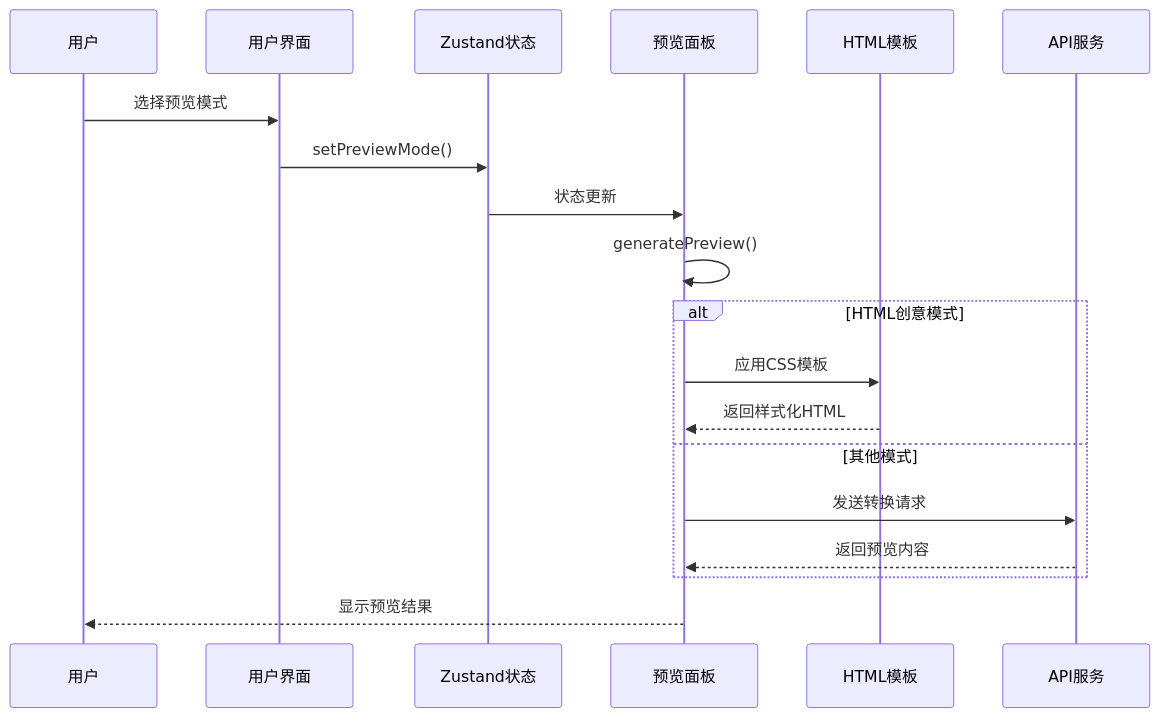
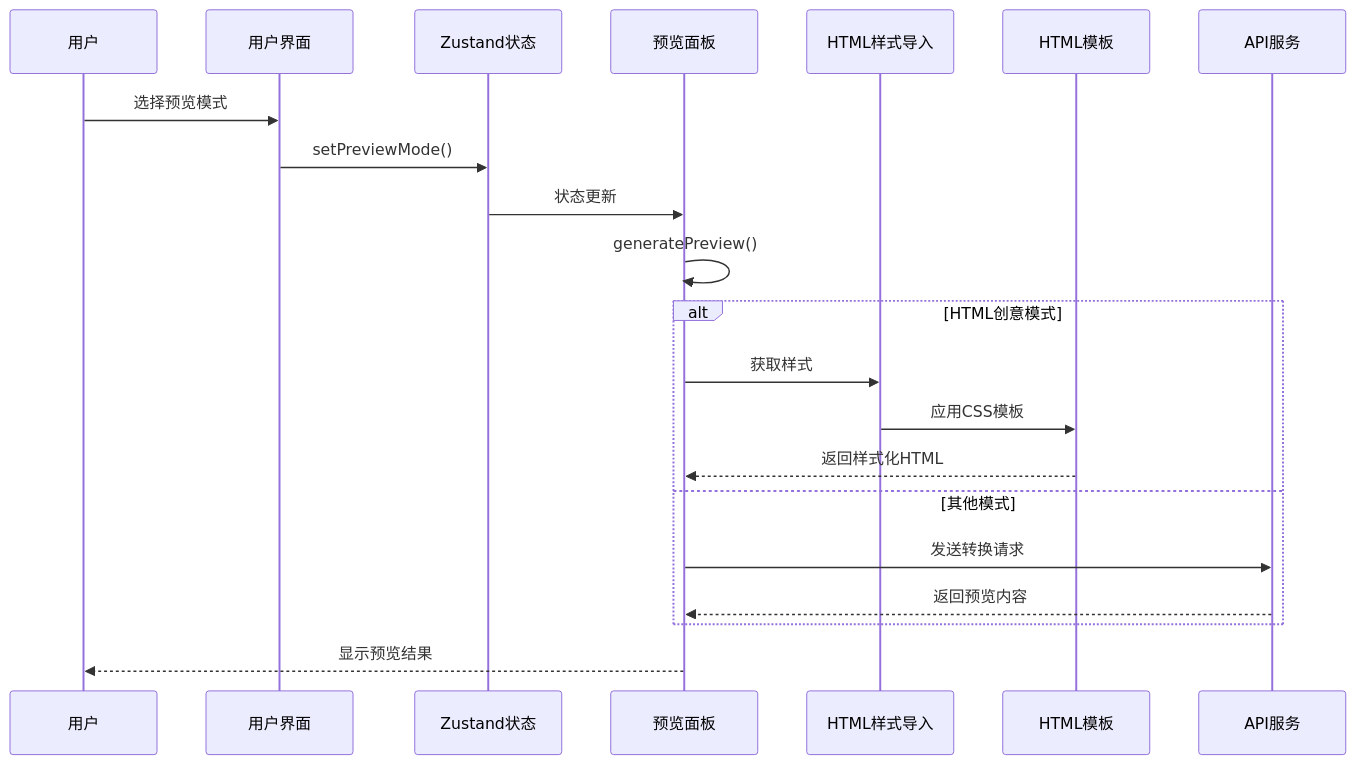
Before and after one commit to wanwushelie/markdown-to-word-studio: the eighth of 15 diagrams in .lingma/repowiki/zh/content/用户指南/前端界面现代化/前端界面现代化.md, drawn with Mermaid. The commit also changed other lines of this file and 82 other files, not shown here.

````diff
--- a/.lingma/repowiki/zh/content/用户指南/前端界面现代化/前端界面现代化.md
+++ b/.lingma/repowiki/zh/content/用户指南/前端界面现代化/前端界面现代化.md
@@ -576,21 +670,23 @@
 ```mermaid
 sequenceDiagram
 participant User as 用户
 participant UI as 用户界面
 participant Store as Zustand状态
 participant PreviewPanel as 预览面板
+participant HtmlStyleImport as HTML样式导入
 participant Templates as HTML模板
 participant API as API服务
 User->>UI : 选择预览模式
 UI->>Store : setPreviewMode()
 Store->>PreviewPanel : 状态更新
 PreviewPanel->>PreviewPanel : generatePreview()
 alt HTML创意模式
-PreviewPanel->>Templates : 应用CSS模板
+PreviewPanel->>HtmlStyleImport : 获取样式
+HtmlStyleImport->>Templates : 应用CSS模板
 Templates-->>PreviewPanel : 返回样式化HTML
 else 其他模式
 PreviewPanel->>API : 发送转换请求
 API-->>PreviewPanel : 返回预览内容
 end
 PreviewPanel-->>User : 显示预览结果
 ```
````
